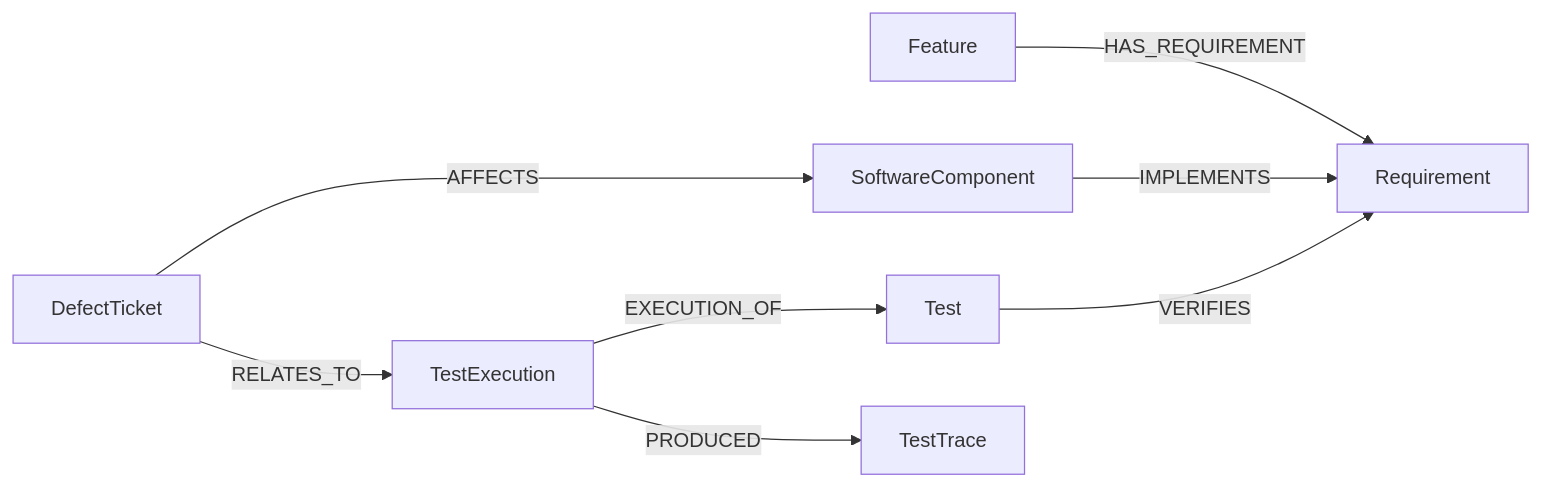
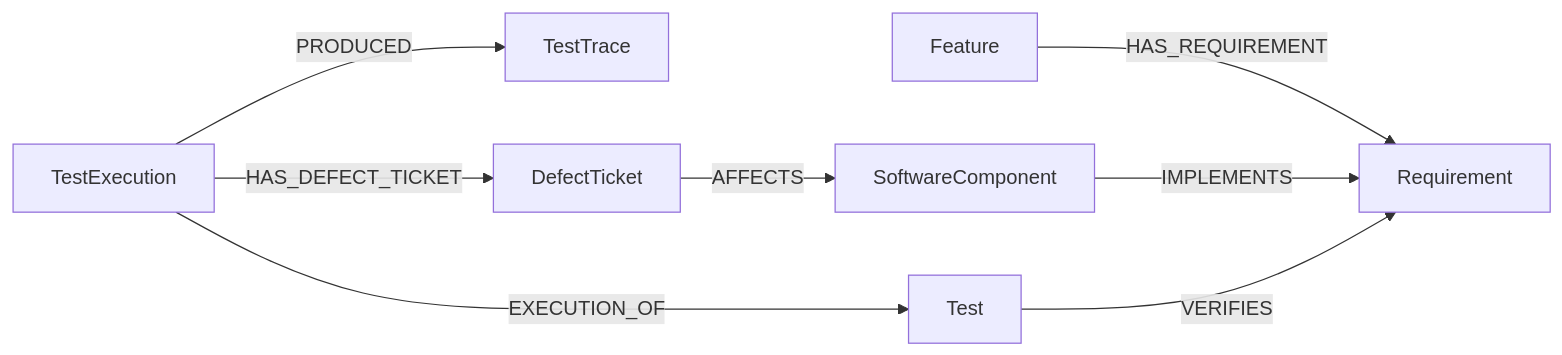
Before and after one commit to davidcristian11/bluetooth-reconnection-kg-poc: the diagram in diagrams/ontology-v1.md, drawn with Mermaid. The commit also changed other lines of this file and 1 other file, not shown here.

Commit message:
Add initial knowledge graph data model and modfied the diagram

````diff
--- a/diagrams/ontology-v1.md
+++ b/diagrams/ontology-v1.md
@@ -3,18 +3,18 @@
 ```mermaid
 flowchart LR
     Feature[Feature]
     Requirement[Requirement]
     SoftwareComponent[SoftwareComponent]
     Test[Test]
     TestExecution[TestExecution]
     TestTrace[TestTrace]
     DefectTicket[DefectTicket]
 
     Feature -->|HAS_REQUIREMENT| Requirement
     SoftwareComponent -->|IMPLEMENTS| Requirement
     Test -->|VERIFIES| Requirement
     TestExecution -->|EXECUTION_OF| Test
     TestExecution -->|PRODUCED| TestTrace
-    DefectTicket -->|RELATES_TO| TestExecution
+    TestExecution -->|HAS_DEFECT_TICKET| DefectTicket
     DefectTicket -->|AFFECTS| SoftwareComponent
 ```
````
